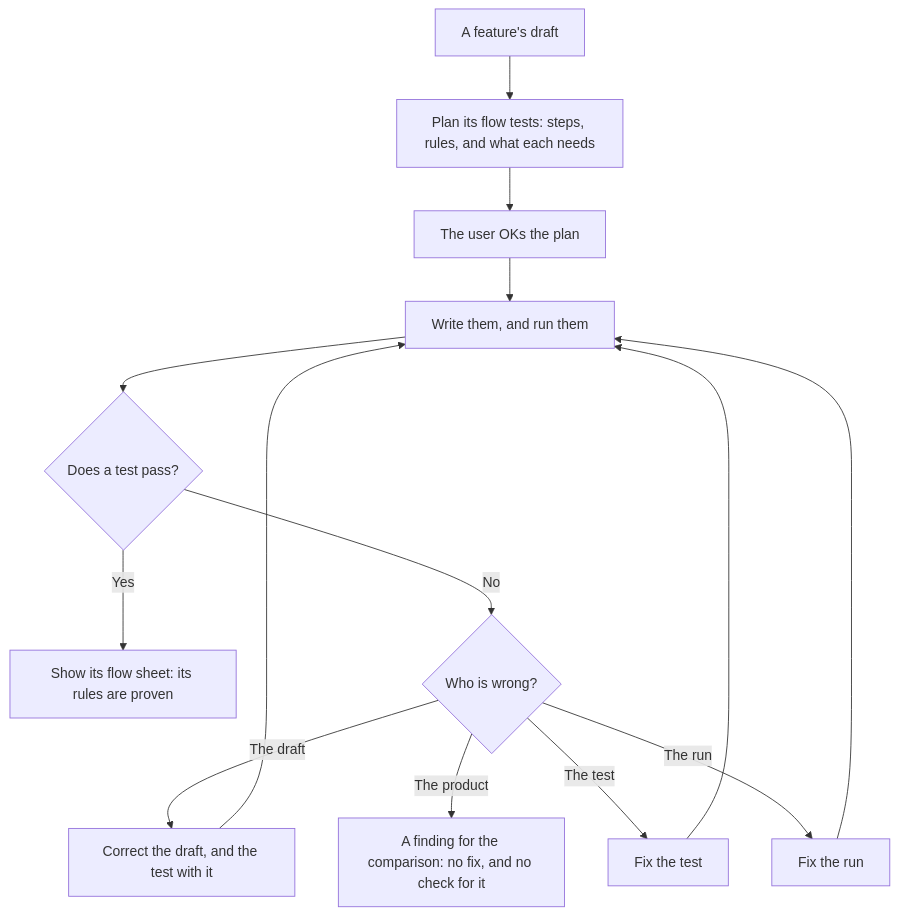
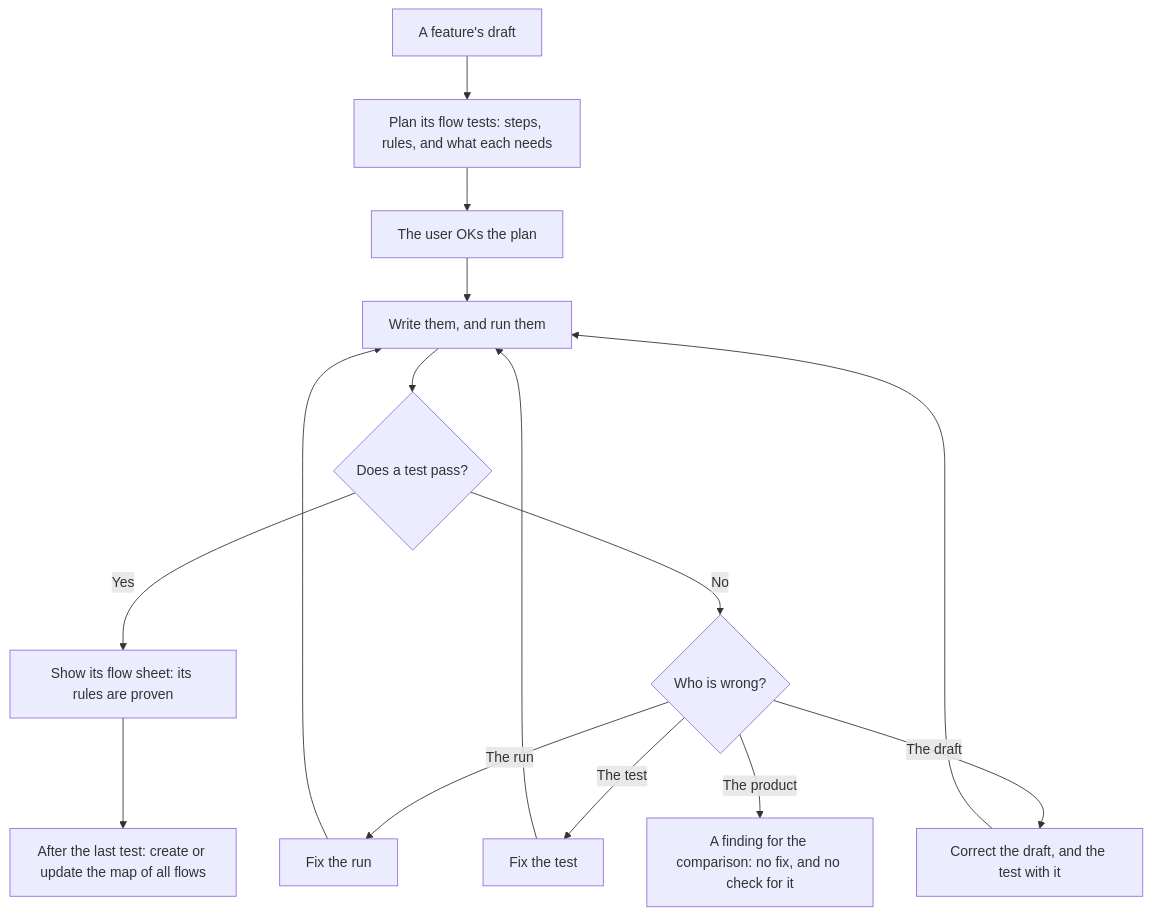
Before and after one commit to fsw0422/.ksp: the third of 3 diagrams in skills/spec-workflow/references/spec-from-code.md, drawn with Mermaid. The commit also changed other lines of this file and 12 other files, not shown here.

First line of the commit message:
android-device-tests, spec-workflow: show all flows on one map

````diff
--- a/skills/spec-workflow/references/spec-from-code.md
+++ b/skills/spec-workflow/references/spec-from-code.md
@@ -118,16 +119,17 @@
 ```mermaid
 flowchart TD
     Draft[A feature's draft] --> Plan[Plan its flow tests: steps, rules, and what each needs]
     Plan --> OK[The user OKs the plan]
     OK --> Run[Write them, and run them]
     Run --> Pass{Does a test pass?}
     Pass -->|Yes| Sheet[Show its flow sheet: its rules are proven]
+    Sheet --> Map[After the last test: create or update the map of all flows]
     Pass -->|No| Who{Who is wrong?}
     Who -->|The run| Setup[Fix the run]
     Who -->|The test| Fix[Fix the test]
     Who -->|The draft| Correct[Correct the draft, and the test with it]
     Who -->|The product| Finding[A finding for the comparison: no fix, and no check for it]
     Setup --> Run
     Fix --> Run
     Correct --> Run
 ```
````
